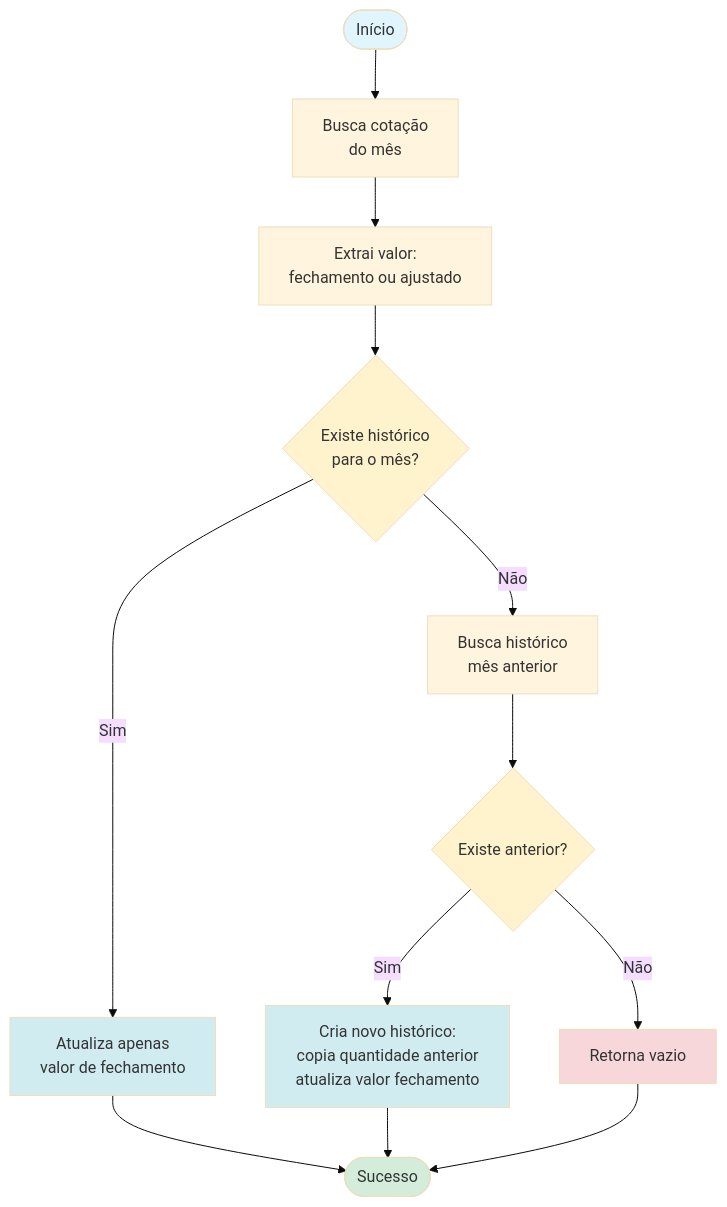
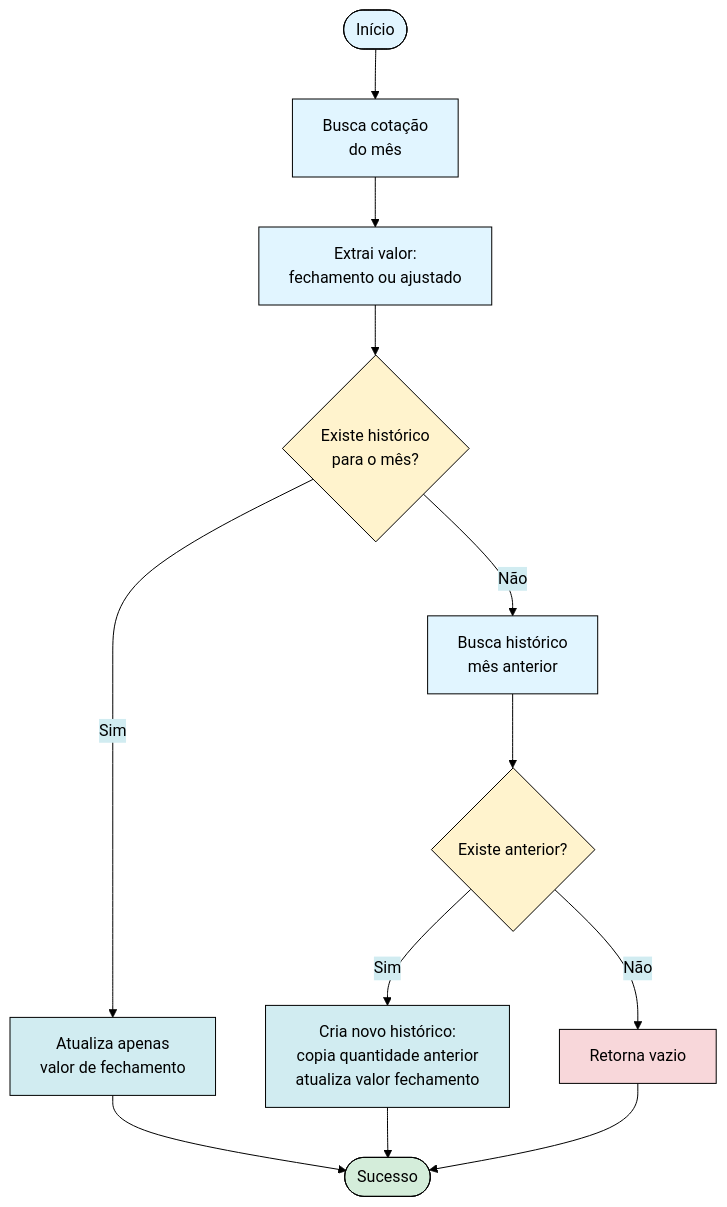
One commit to enirsilvaferraz/Investments-KMP changed the third of 3 diagrams in docs/RN - Criar novo registro de histórico.md. Above: the diagram before and after it, drawn with Mermaid. The commit also changed other lines of this file, not shown here.

First line of the commit message:
docs: Update mermaid diagram styles in documentation

````diff
--- a/docs/RN - Criar novo registro de histórico.md
+++ b/docs/RN - Criar novo registro de histórico.md
@@ -94,26 +94,26 @@
 ```mermaid
-%%{init: {'theme':'base', 'themeVariables': {'primaryBgColor':'#ffffff'}}}%%
+%%{init: {'theme':'base', 'themeVariables': {'background':'#ffffff', 'primaryColor':'#e1f5ff', 'primaryTextColor':'#000000', 'primaryBorderColor':'#000000', 'lineColor':'#000000', 'secondaryColor':'#d1ecf1', 'tertiaryColor':'#fff3cd'}}}%%
 flowchart TD
     Start([Início]) --> Quote[Busca cotação<br/>do mês]
     Quote --> Extract[Extrai valor:<br/>fechamento ou ajustado]
     Extract --> Check{Existe histórico<br/>para o mês?}
     
     Check -->|Sim| Update[Atualiza apenas<br/>valor de fechamento]
     Check -->|Não| Previous[Busca histórico<br/>mês anterior]
     
     Previous --> HasPrev{Existe anterior?}
     HasPrev -->|Sim| Create[Cria novo histórico:<br/>copia quantidade anterior<br/>atualiza valor fechamento]
     HasPrev -->|Não| Fail[Retorna vazio]
     
     Update --> Success([Sucesso])
     Create --> Success
     Fail --> Success
     
     style Start fill:#e1f5ff
     style Success fill:#d4edda
     style Check fill:#fff3cd
     style HasPrev fill:#fff3cd
     style Update fill:#d1ecf1
     style Create fill:#d1ecf1
     style Fail fill:#f8d7da
 ```
````
